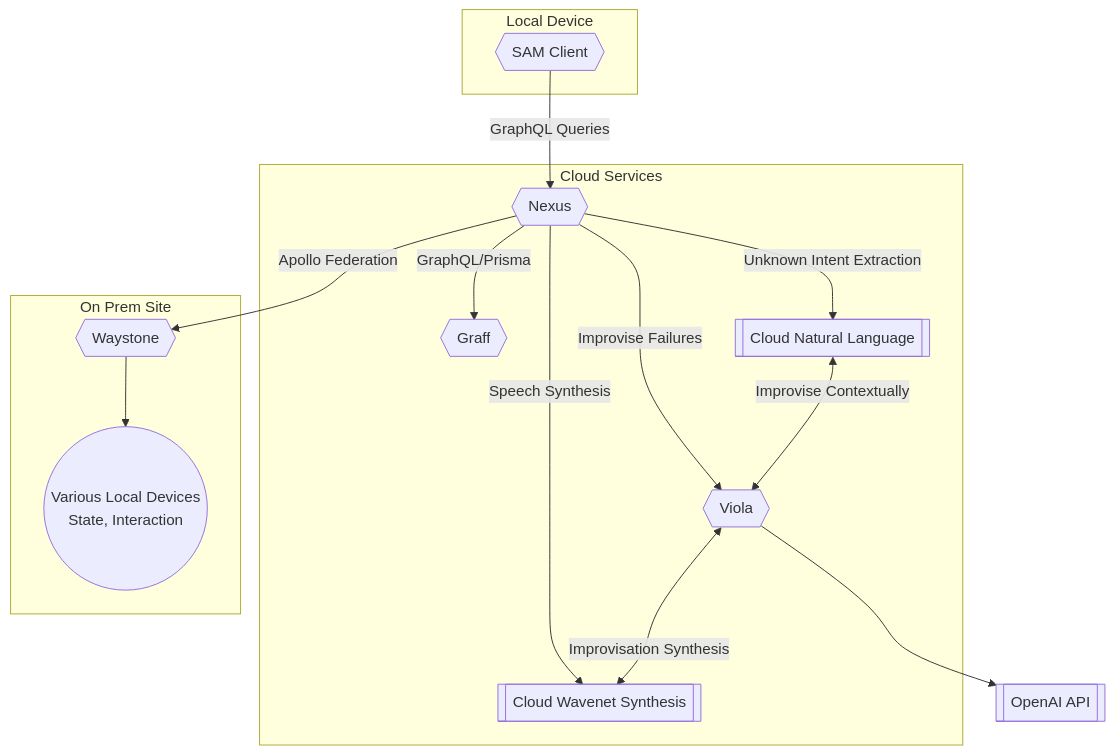
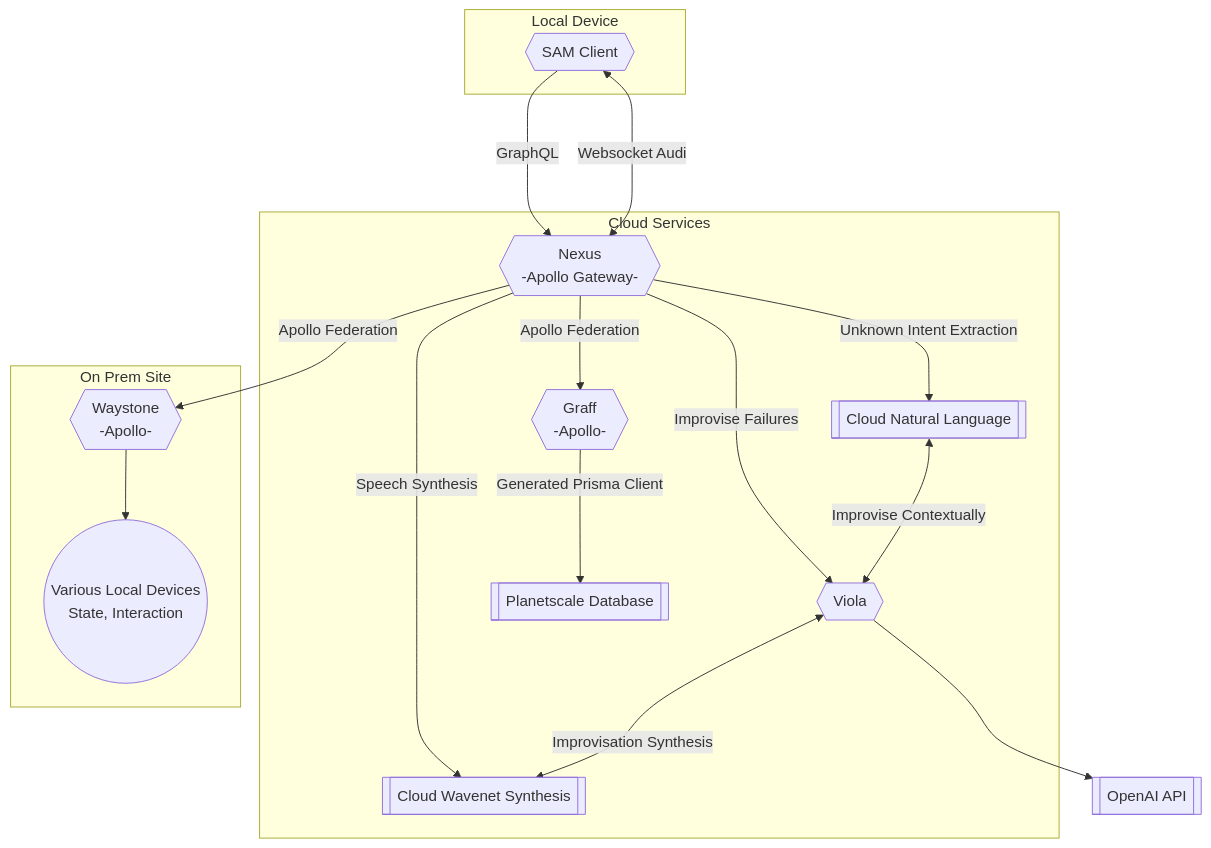
One commit to GraffAI/aubron changed the diagram in README.md. Above: the diagram before and after it, drawn with Mermaid. The commit also changed other lines of this file and 11 other files, not shown here.

````diff
--- a/README.md
+++ b/README.md
@@ -30,25 +30,27 @@
 ```mermaid
 flowchart TD
   subgraph Local Device
     SAM{{SAM Client}}
   end
   subgraph Cloud Services
-    Graff{{Graff}}
+    Graff{{Graff<br>-Apollo-}}
     Viola{{Viola}}
-    Nexus{{Nexus}}
+    Nexus{{Nexus<br>-Apollo Gateway-}}
     CloudTTS[[Cloud Wavenet Synthesis]]
     CloudNL[[Cloud Natural Language]]
+    Planetscale[[Planetscale Database]]
   end
   subgraph On Prem Site
-    Waystone{{Waystone}} --> localDevices((Various Local Devices<br>State, Interaction))
+    Waystone{{Waystone<br>-Apollo-}} --> localDevices((Various Local Devices<br>State, Interaction))
   end
-    SAM --GraphQL Queries--> Nexus
-    Nexus --GraphQL/Prisma--> Graff
+    SAM --GraphQL --> Nexus
+    SAM <--Websocket Audio--> Nexus
+    Nexus --Apollo Federation--> Graff --Generated Prisma Client--> Planetscale
     Nexus --Apollo Federation--> Waystone
     Nexus --Speech Synthesis--> CloudTTS 
     Nexus --Unknown Intent Extraction-->CloudNL
     Nexus --Improvise Failures --> Viola
     Viola <--Improvisation Synthesis-->CloudTTS
     CloudNL <--Improvise Contextually--> Viola
     Viola --> OpenAI[[OpenAI API]]
 ```
````
